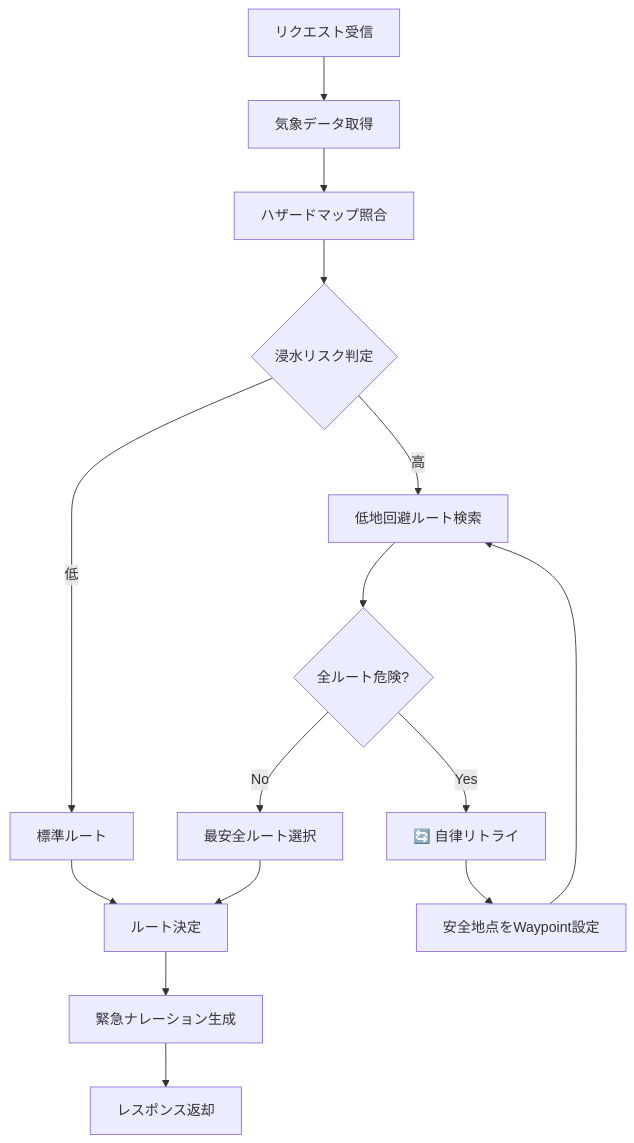
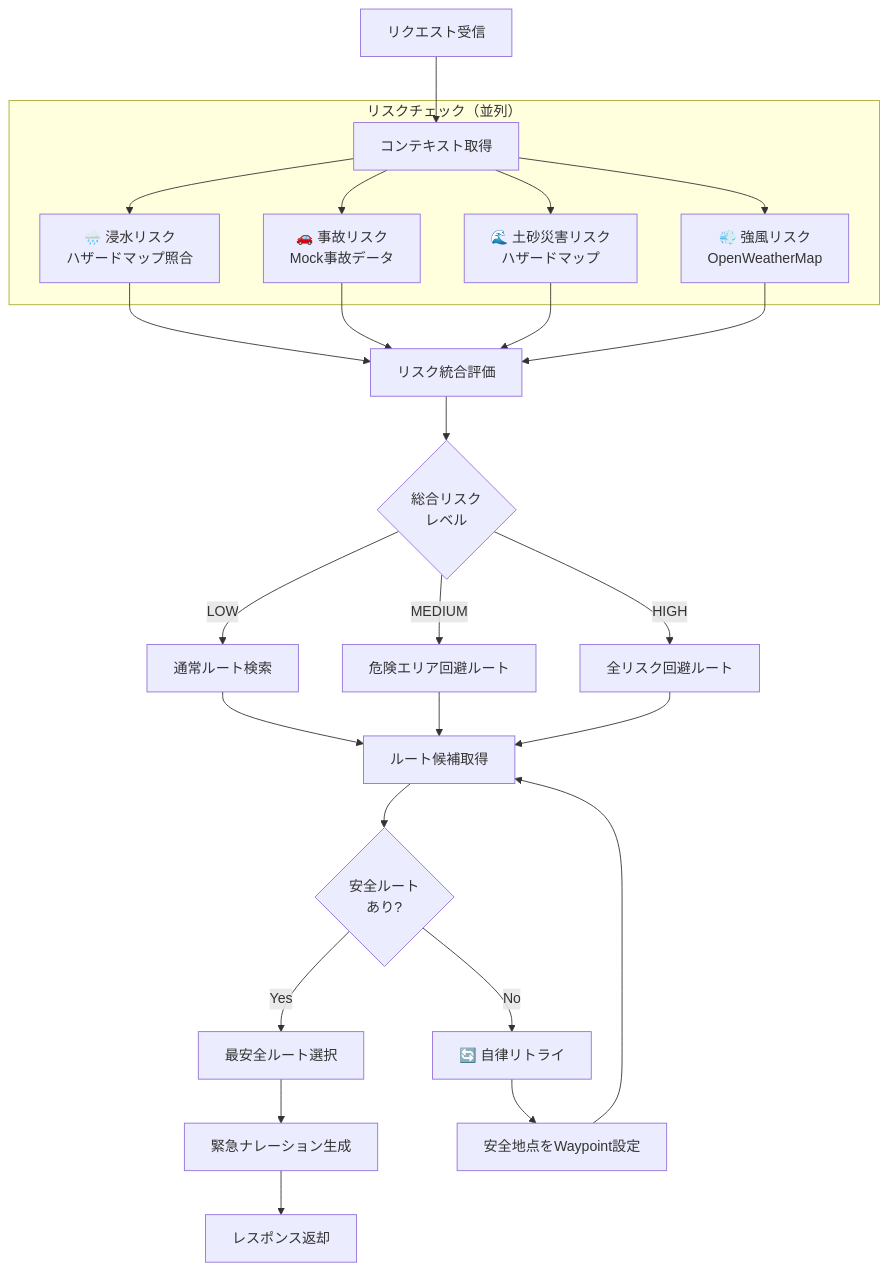
Before and after one commit to Ryg-appdev/safe-routing-ai-navigation: the diagram in Docs/確定/diagrams/06_非常時モード処理フロー.md, drawn with Mermaid. The commit also changed other lines of this file and 4 other files, not shown here.

Commit message:
fix: 図のロジック修正（ユーザージャーニー、通常/非常時フロー、データフロー詳細化）

````diff
--- a/Docs/確定/diagrams/06_非常時モード処理フロー.md
+++ b/Docs/確定/diagrams/06_非常時モード処理フロー.md
@@ -3,17 +5,36 @@
 ```mermaid
 flowchart TD
-    A[リクエスト受信] --> B[気象データ取得]
-    B --> C[ハザードマップ照合]
-    C --> D{浸水リスク判定}
-    D -->|低| E[標準ルート]
-    D -->|高| F[低地回避ルート検索]
-    F --> G{全ルート危険?}
-    G -->|No| H[最安全ルート選択]
-    G -->|Yes| I[🔄 自律リトライ]
-    I --> J[安全地点をWaypoint設定]
-    J --> F
-    E --> K[ルート決定]
-    H --> K
-    K --> L[緊急ナレーション生成]
-    L --> M[レスポンス返却]
+    A["リクエスト受信"] --> B["コンテキスト取得"]
+    
+    subgraph RiskCheck["リスクチェック（並列）"]
+        B --> R1["🌧️ 浸水リスク<br/>ハザードマップ照合"]
+        B --> R2["🚗 事故リスク<br/>Mock事故データ"]
+        B --> R3["🌊 土砂災害リスク<br/>ハザードマップ"]
+        B --> R4["💨 強風リスク<br/>OpenWeatherMap"]
+    end
+    
+    R1 --> C["リスク統合評価"]
+    R2 --> C
+    R3 --> C
+    R4 --> C
+    
+    C --> D{"総合リスク<br/>レベル"}
+    
+    D -->|"LOW"| E["通常ルート検索"]
+    D -->|"MEDIUM"| F["危険エリア回避ルート"]
+    D -->|"HIGH"| G["全リスク回避ルート"]
+    
+    E --> H["ルート候補取得"]
+    F --> H
+    G --> H
+    
+    H --> I{"安全ルート<br/>あり?"}
+    I -->|"Yes"| J["最安全ルート選択"]
+    I -->|"No"| K["🔄 自律リトライ"]
+    
+    K --> L["安全地点をWaypoint設定"]
+    L --> H
+    
+    J --> M["緊急ナレーション生成"]
+    M --> N["レスポンス返却"]
 ```
````
